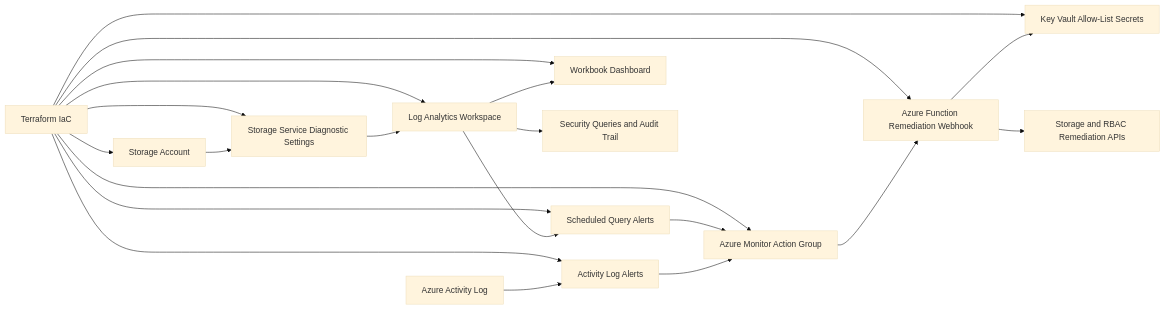
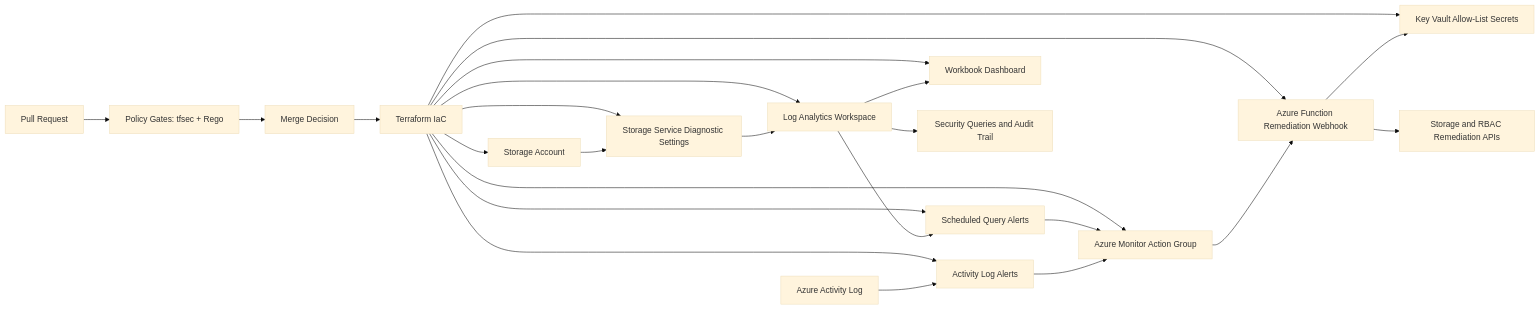
One commit to AErmie/DevSecBlueprint-CloudNativeSecurityAutomation-Capstone changed the diagram in docs/ARCHITECTURE.md. Above: the diagram before and after it, drawn with Mermaid (base theme). The commit also changed other lines of this file and 8 other files, not shown here.

Commit message:
feat: implement phase 5 policy-as-code gates

````diff
--- a/docs/ARCHITECTURE.md
+++ b/docs/ARCHITECTURE.md
@@ -10,24 +11,28 @@
 ```mermaid
 flowchart LR
   A[Azure Activity Log] --> F[Activity Log Alerts]
   B[Storage Account] --> C[Storage Service Diagnostic Settings]
   C --> D[Log Analytics Workspace]
   F --> G[Azure Monitor Action Group]
   G --> H[Azure Function Remediation Webhook]
   H --> K[Key Vault Allow-List Secrets]
   H --> L[Storage and RBAC Remediation APIs]
   D --> M[Scheduled Query Alerts]
   D --> N[Workbook Dashboard]
   M --> G
   D --> I[Security Queries and Audit Trail]
 
   J[Terraform IaC] --> B
   J --> C
   J --> D
   J --> F
   J --> G
   J --> H
   J --> K
   J --> M
   J --> N
+
+  O[Pull Request] --> P[Policy Gates: tfsec + Rego]
+  P --> Q[Merge Decision]
+  Q --> J
 ```
````
